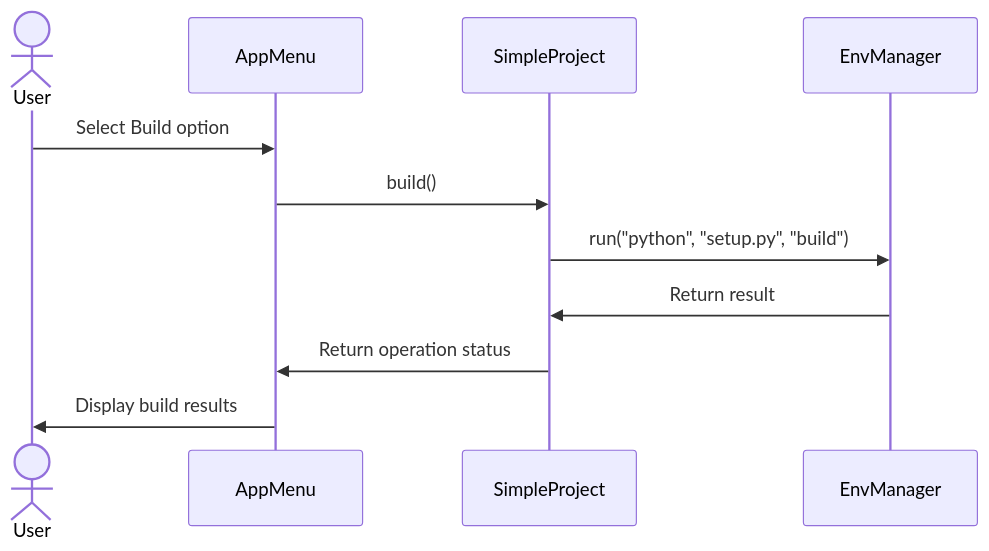
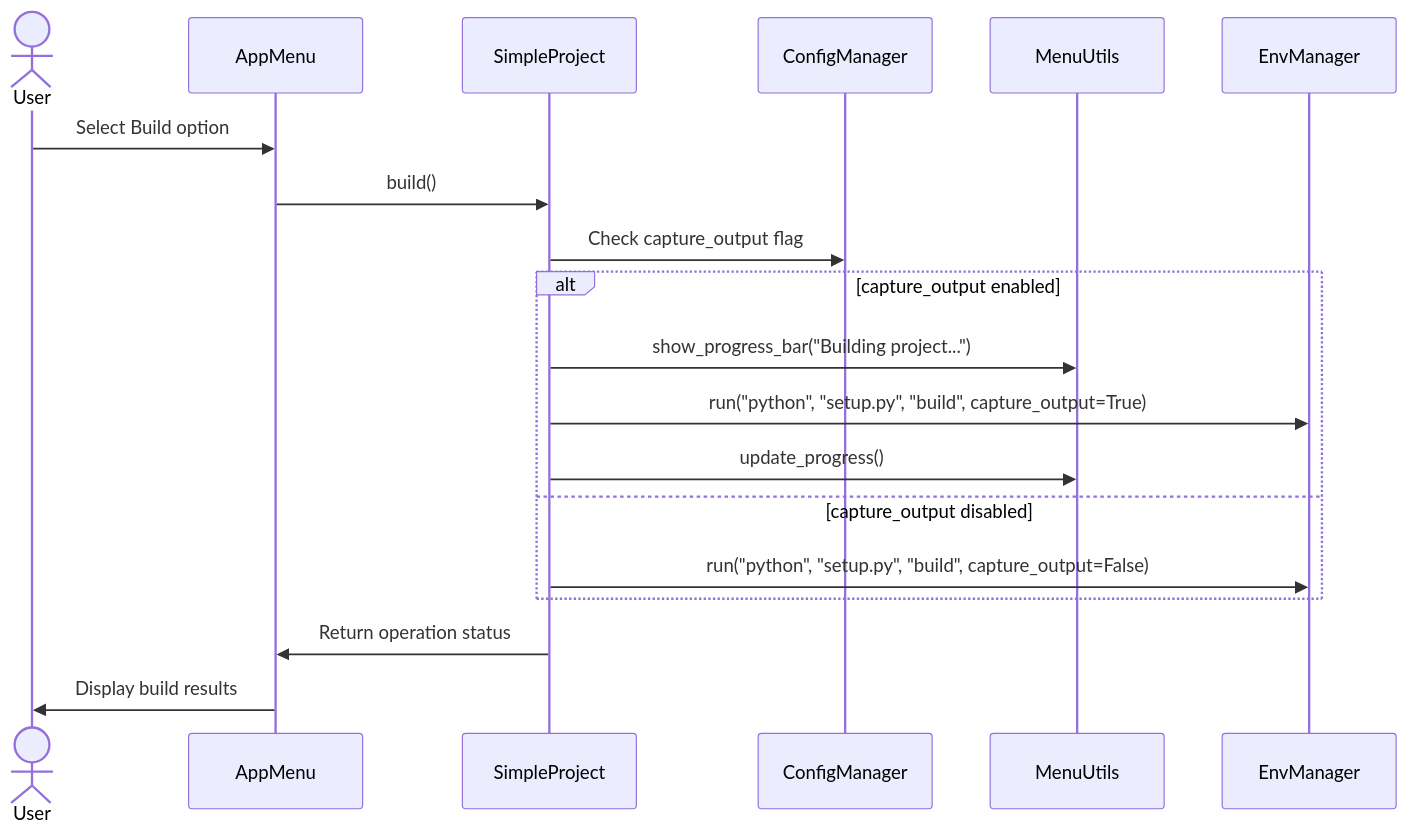
The ninth of 10 diagrams in doc/cicd_tools_architecture_plan.md (r4d4m4n71s/cicd_tools), drawn with Mermaid before and after one commit. The commit also changed other lines of this file and 20 other files, not shown here.

````diff
--- a/doc/cicd_tools_architecture_plan.md
+++ b/doc/cicd_tools_architecture_plan.md
@@ -289,10 +444,16 @@
 ```mermaid
 sequenceDiagram
     actor User
     User->>AppMenu: Select Build option
     AppMenu->>SimpleProject: build()
-    SimpleProject->>EnvManager: run("python", "setup.py", "build")
-    EnvManager->>SimpleProject: Return result
+    SimpleProject->>ConfigManager: Check capture_output flag
+    alt capture_output enabled
+        SimpleProject->>MenuUtils: show_progress_bar("Building project...")
+        SimpleProject->>EnvManager: run("python", "setup.py", "build", capture_output=True)
+        SimpleProject->>MenuUtils: update_progress()
+    else capture_output disabled
+        SimpleProject->>EnvManager: run("python", "setup.py", "build", capture_output=False)
+    end
     SimpleProject->>AppMenu: Return operation status
     AppMenu->>User: Display build results
 ```
````
